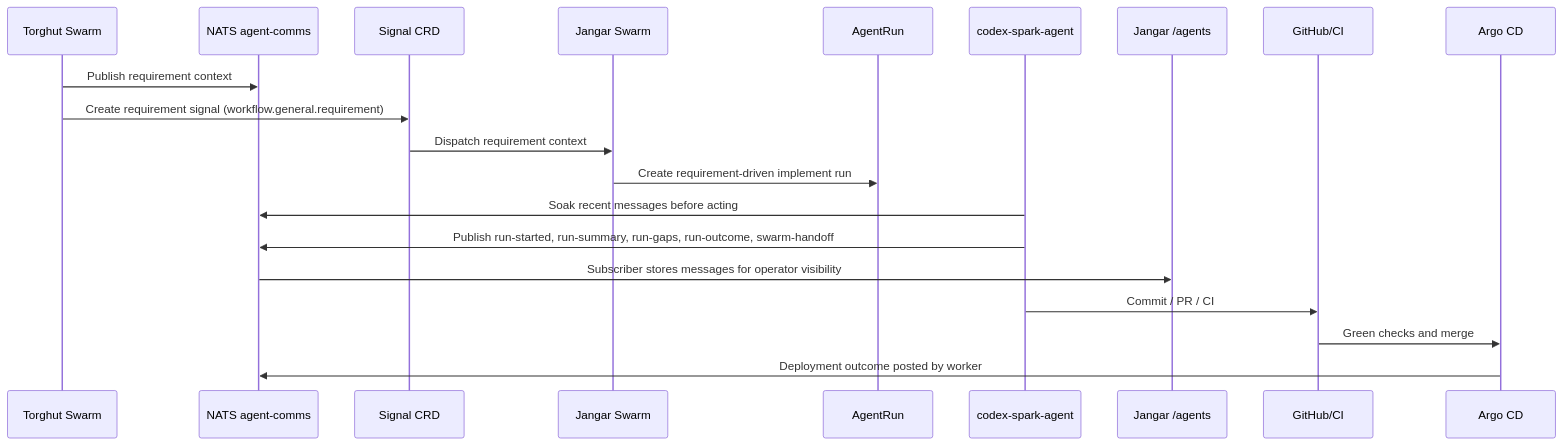
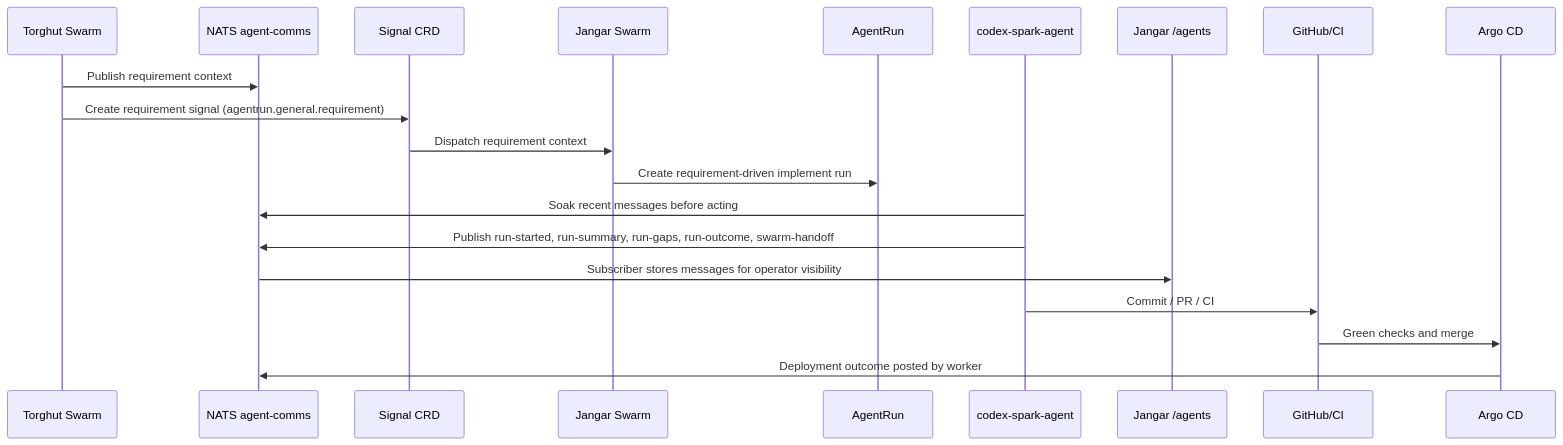
The second of 2 diagrams in docs/agents/swarm-end-to-end-runbook.md (proompteng/lab), drawn with Mermaid before and after one commit. The commit also changed other lines of this file and 6 other files, not shown here.

````diff
--- a/docs/agents/swarm-end-to-end-runbook.md
+++ b/docs/agents/swarm-end-to-end-runbook.md
@@ -47,23 +47,23 @@
 ```mermaid
 sequenceDiagram
   participant T as Torghut Swarm
   participant N as NATS agent-comms
   participant S as Signal CRD
   participant J as Jangar Swarm
   participant R as AgentRun
   participant C as codex-spark-agent
   participant V as Jangar /agents
   participant G as GitHub/CI
   participant A as Argo CD
 
   T->>N: Publish requirement context
-  T->>S: Create requirement signal (workflow.general.requirement)
+  T->>S: Create requirement signal (agentrun.general.requirement)
   S->>J: Dispatch requirement context
   J->>R: Create requirement-driven implement run
   C->>N: Soak recent messages before acting
   C->>N: Publish run-started, run-summary, run-gaps, run-outcome, swarm-handoff
   N->>V: Subscriber stores messages for operator visibility
   C->>G: Commit / PR / CI
   G->>A: Green checks and merge
   A->>N: Deployment outcome posted by worker
 ```
````
